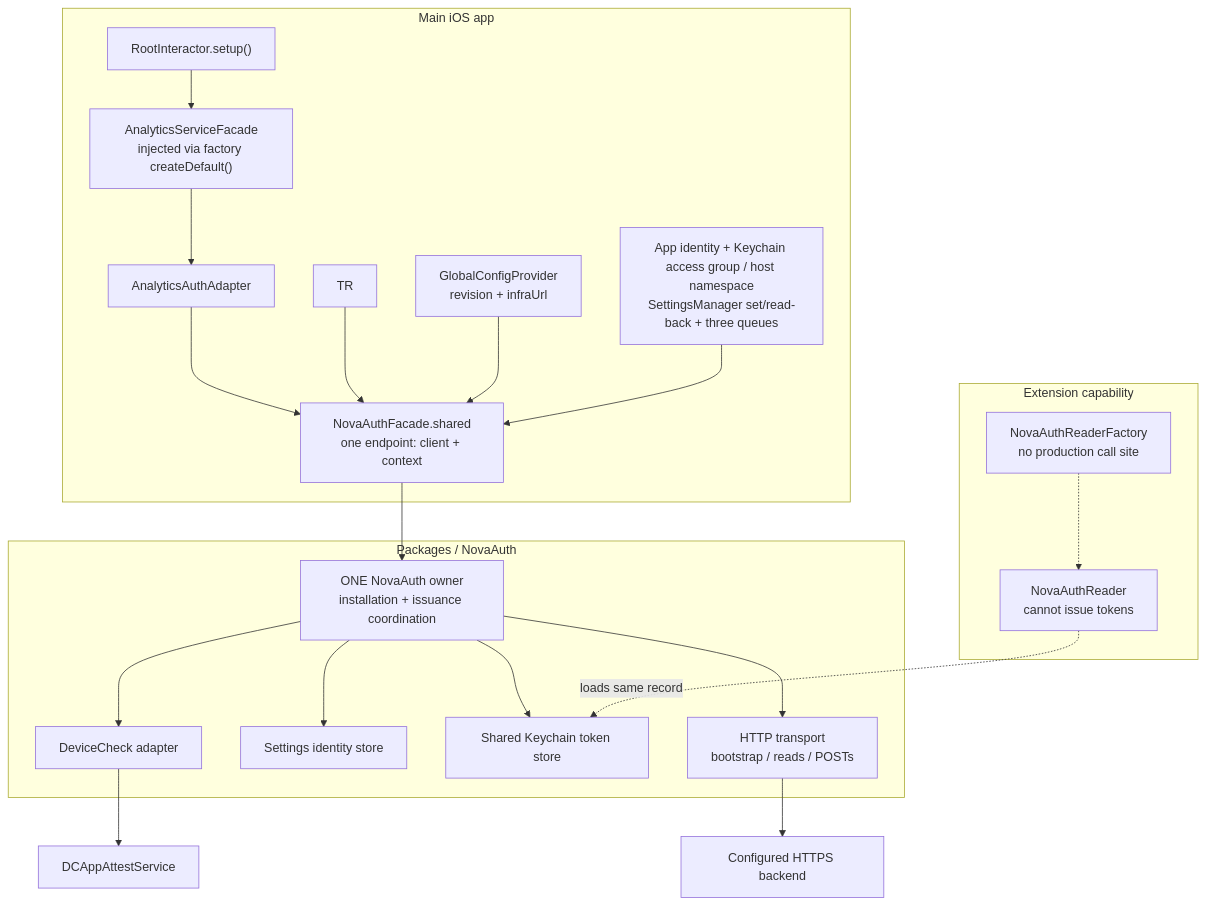
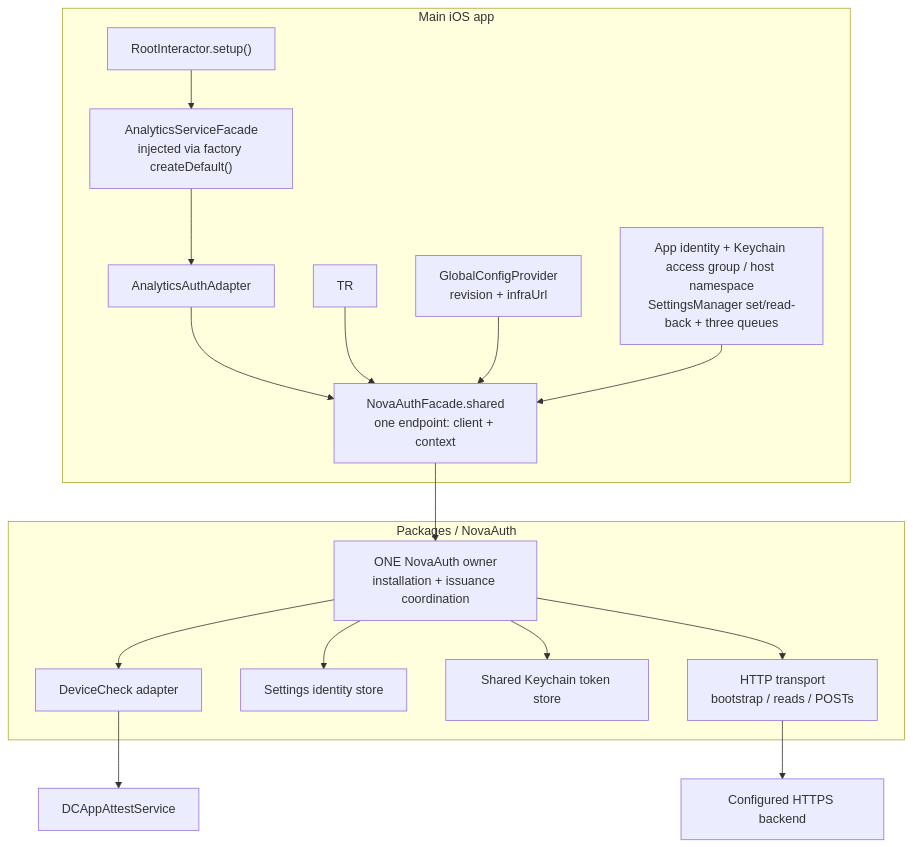
The first of 8 diagrams in .claude/docs/architecture/novaauth-client-diagrams.md (novasamatech/nova-wallet-ios), drawn with Mermaid before and after one commit. The commit also changed other lines of this file and 4 other files, not shown here.

Commit message:
drop the removed reader and dead auth code from the nova auth docs

````diff
--- a/.claude/docs/architecture/novaauth-client-diagrams.md
+++ b/.claude/docs/architecture/novaauth-client-diagrams.md
@@ -11,24 +11,20 @@
 ```mermaid
 flowchart TB
   subgraph APP["Main iOS app"]
     ROOT["RootInteractor.setup()"] --> AF["AnalyticsServiceFacade<br/>injected via factory createDefault()"]
     AF --> AA["AnalyticsAuthAdapter"]
     AA --> F["NovaAuthFacade.shared<br/>one endpoint: client + context"]
     TR --> F
     CONFIG["GlobalConfigProvider<br/>revision + infraUrl"] --> F
     HOST["App identity + Keychain access group / host namespace<br/>SettingsManager set/read-back + three queues"] --> F
   end
   subgraph PACKAGE["Packages / NovaAuth"]
     F --> OWNER["ONE NovaAuth owner<br/>installation + issuance coordination"]
     OWNER --> APPLE["DeviceCheck adapter"]
     OWNER --> STATE["Settings identity store"]
     OWNER --> TOKEN["Shared Keychain token store"]
     OWNER --> HTTP["HTTP transport<br/>bootstrap / reads / POSTs"]
   end
   HTTP --> BACKEND["Configured HTTPS backend"]
   APPLE --> OS["DCAppAttestService"]
-  subgraph EXT["Extension capability"]
-    FACT["NovaAuthReaderFactory<br/>no production call site"] -.-> READER["NovaAuthReader<br/>cannot issue tokens"]
-  end
-  READER -. "loads same record" .-> TOKEN
 ```
````
